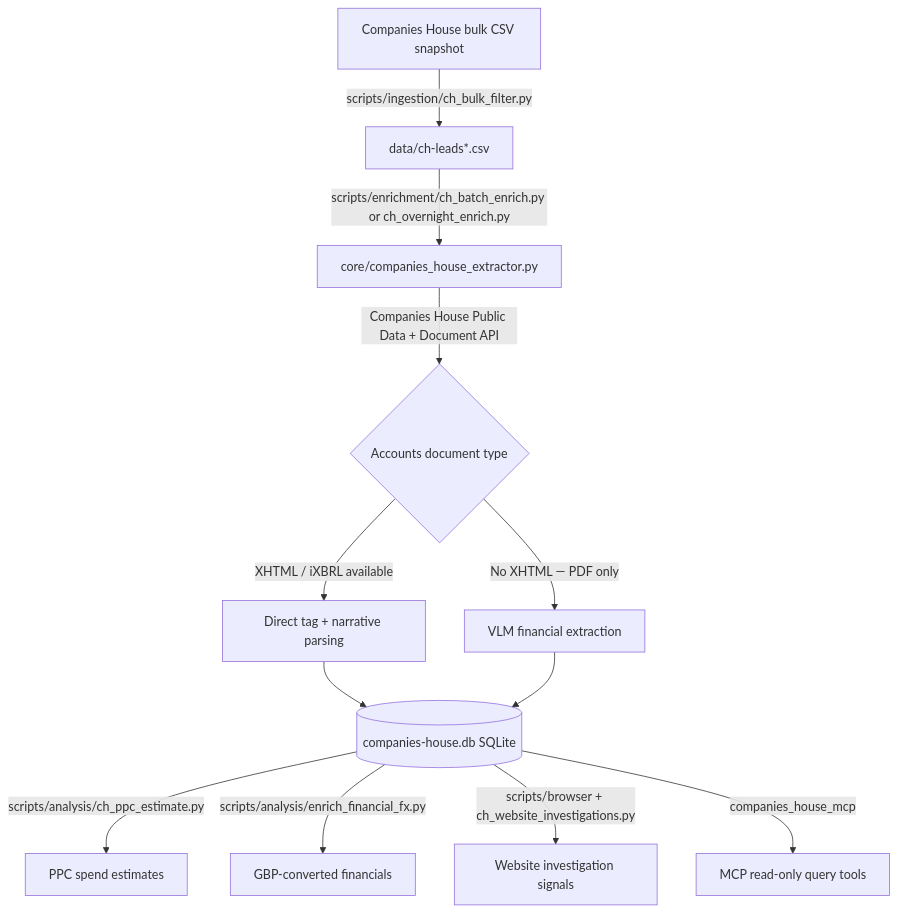
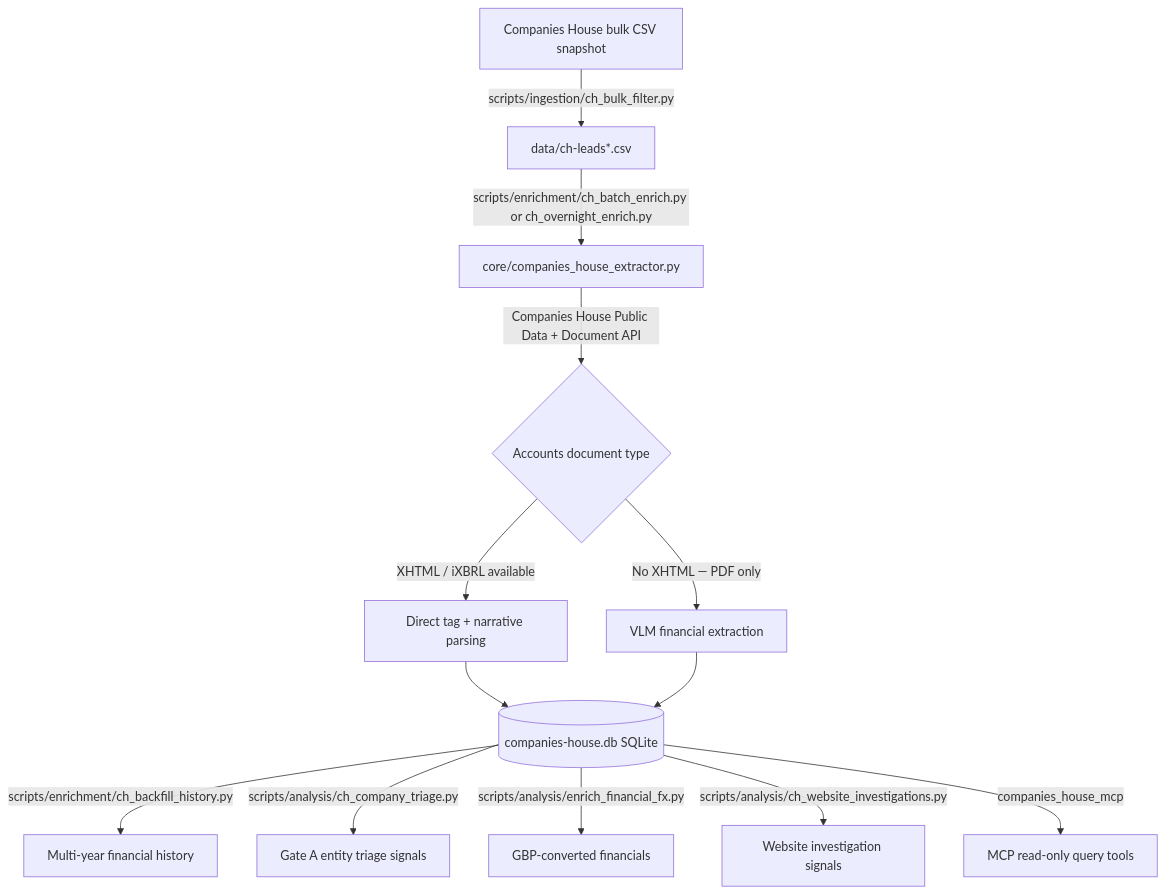
One commit to butlerwill1/companies-house-leads changed the first of 2 diagrams in README.md. Above: the diagram before and after it, drawn with Mermaid. The commit also changed other lines of this file and 33 other files, not shown here.

````diff
--- a/README.md
+++ b/README.md
@@ -12,14 +12,15 @@
 ```mermaid
 flowchart TD
     A[Companies House bulk CSV snapshot] -->|scripts/ingestion/ch_bulk_filter.py| B[data/ch-leads*.csv]
     B -->|scripts/enrichment/ch_batch_enrich.py or ch_overnight_enrich.py| C[core/companies_house_extractor.py]
     C -->|Companies House Public Data + Document API| D{Accounts document type}
     D -->|XHTML / iXBRL available| E[Direct tag + narrative parsing]
     D -->|No XHTML — PDF only| F[VLM financial extraction]
     E --> G[(companies-house.db SQLite)]
     F --> G
-    G -->|scripts/analysis/ch_ppc_estimate.py| H[PPC spend estimates]
+    G -->|scripts/enrichment/ch_backfill_history.py| H[Multi-year financial history]
+    G -->|scripts/analysis/ch_company_triage.py| T[Gate A entity triage signals]
     G -->|scripts/analysis/enrich_financial_fx.py| I[GBP-converted financials]
-    G -->|scripts/browser + ch_website_investigations.py| J[Website investigation signals]
+    G -->|scripts/analysis/ch_website_investigations.py| J[Website investigation signals]
     G -->|companies_house_mcp| K[MCP read-only query tools]
 ```
````
